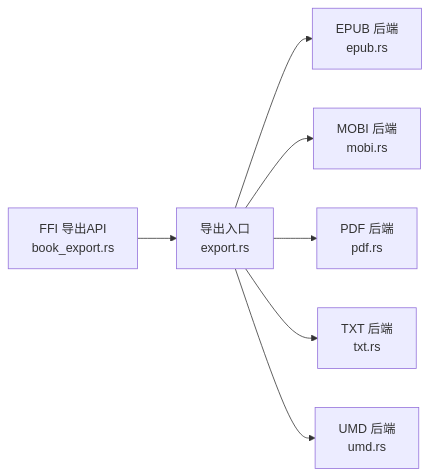
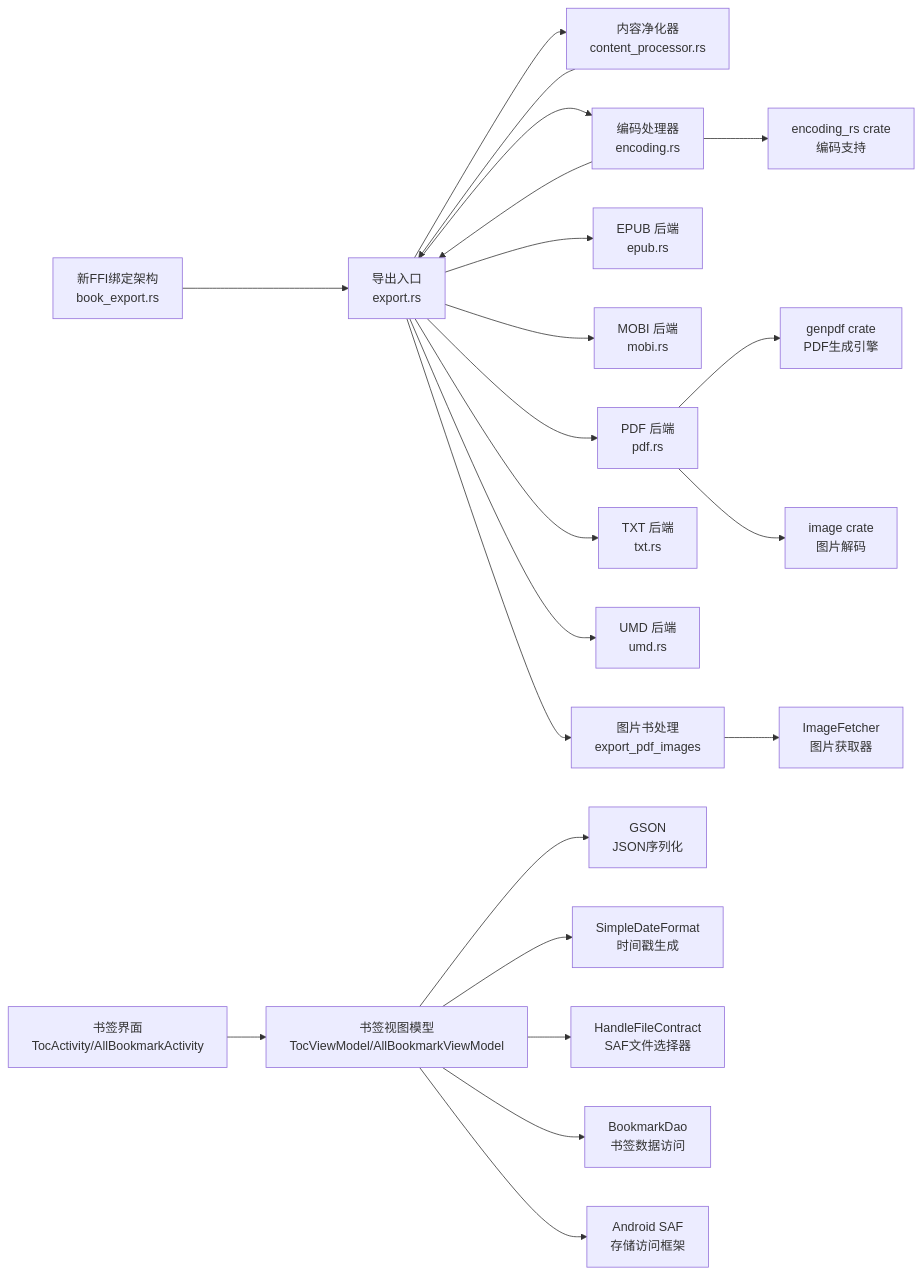
One commit to ZhangGHGitHub/LegadoTeamFlutter changed the seventh of 7 diagrams in .qoder/repowiki/zh/content/书籍处理系统/导出功能.md. Above: the diagram before and after it, drawn with Mermaid. The commit also changed other lines of this file and 173 other files, not shown here.

````diff
--- a/.qoder/repowiki/zh/content/书籍处理系统/导出功能.md
+++ b/.qoder/repowiki/zh/content/书籍处理系统/导出功能.md
@@ -273,9 +544,24 @@
 ```mermaid
 graph LR
-FFI["FFI 导出API<br/>book_export.rs"] --> EXPORTER["导出入口<br/>export.rs"]
+FFI["新FFI绑定架构<br/>book_export.rs"] --> EXPORTER["导出入口<br/>export.rs"]
+EXPORTER --> PURIFIER["内容净化器<br/>content_processor.rs"]
+EXPORTER --> ENCODER["编码处理器<br/>encoding.rs"]
 EXPORTER --> EPUB["EPUB 后端<br/>epub.rs"]
 EXPORTER --> MOBI["MOBI 后端<br/>mobi.rs"]
 EXPORTER --> PDF["PDF 后端<br/>pdf.rs"]
 EXPORTER --> TXT["TXT 后端<br/>txt.rs"]
 EXPORTER --> UMD["UMD 后端<br/>umd.rs"]
+PURIFIER --> EXPORTER
+ENCODER --> EXPORTER
+PDF --> GENPDF["genpdf crate<br/>PDF生成引擎"]
+PDF --> IMAGE["image crate<br/>图片解码"]
+ENCODER --> ENCRS["encoding_rs crate<br/>编码支持"]
+EXPORTER --> IMAGEBOOK["图片书处理<br/>export_pdf_images"]
+IMAGEBOOK --> FETCHER["ImageFetcher<br/>图片获取器"]
+BookmarkUI["书签界面<br/>TocActivity/AllBookmarkActivity"] --> BookmarkVM["书签视图模型<br/>TocViewModel/AllBookmarkViewModel"]
+BookmarkVM --> GSON["GSON<br/>JSON序列化"]
+BookmarkVM --> DateFormat["SimpleDateFormat<br/>时间戳生成"]
+BookmarkVM --> FilePicker["HandleFileContract<br/>SAF文件选择器"]
+BookmarkVM --> BookmarkDAO["BookmarkDao<br/>书签数据访问"]
+BookmarkVM --> SAF["Android SAF<br/>存储访问框架"]
 ```
````
